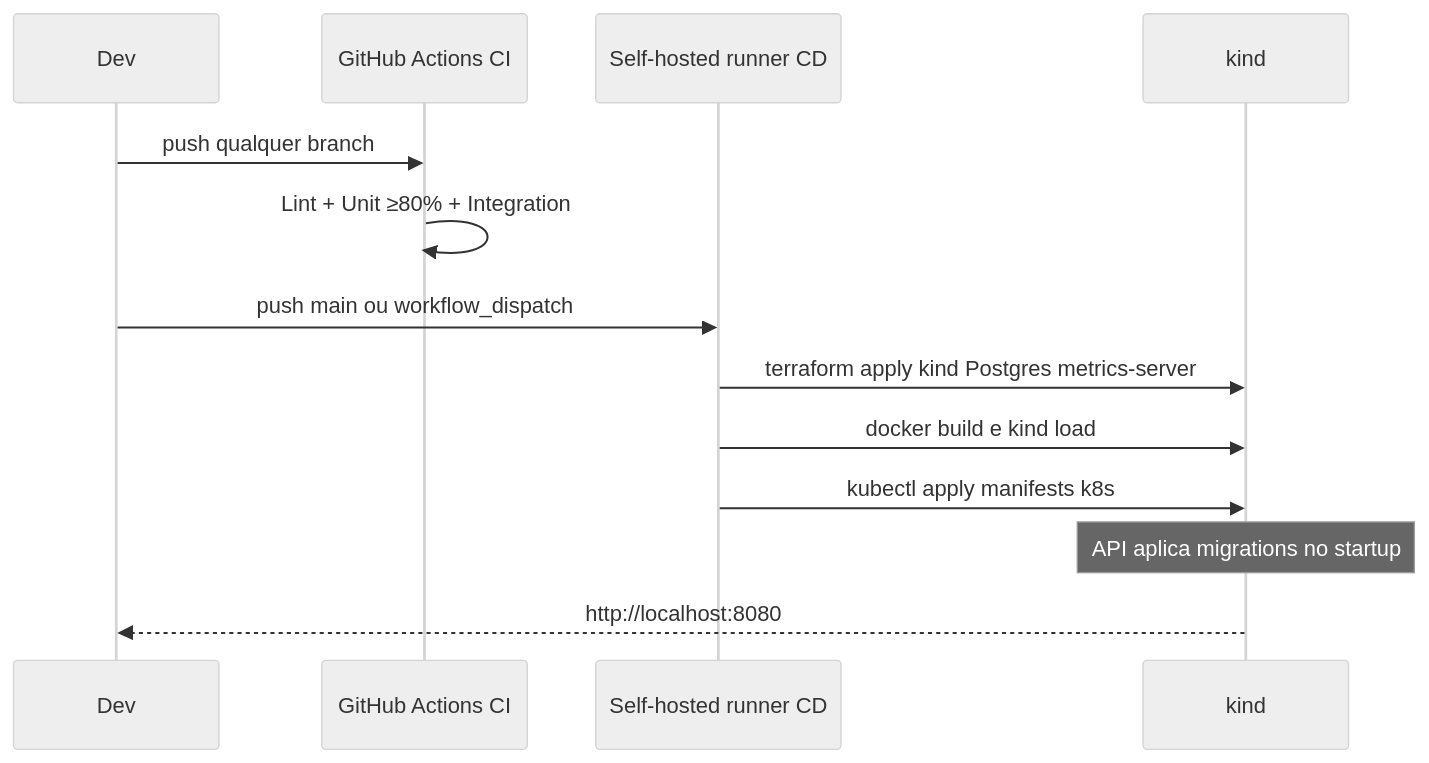
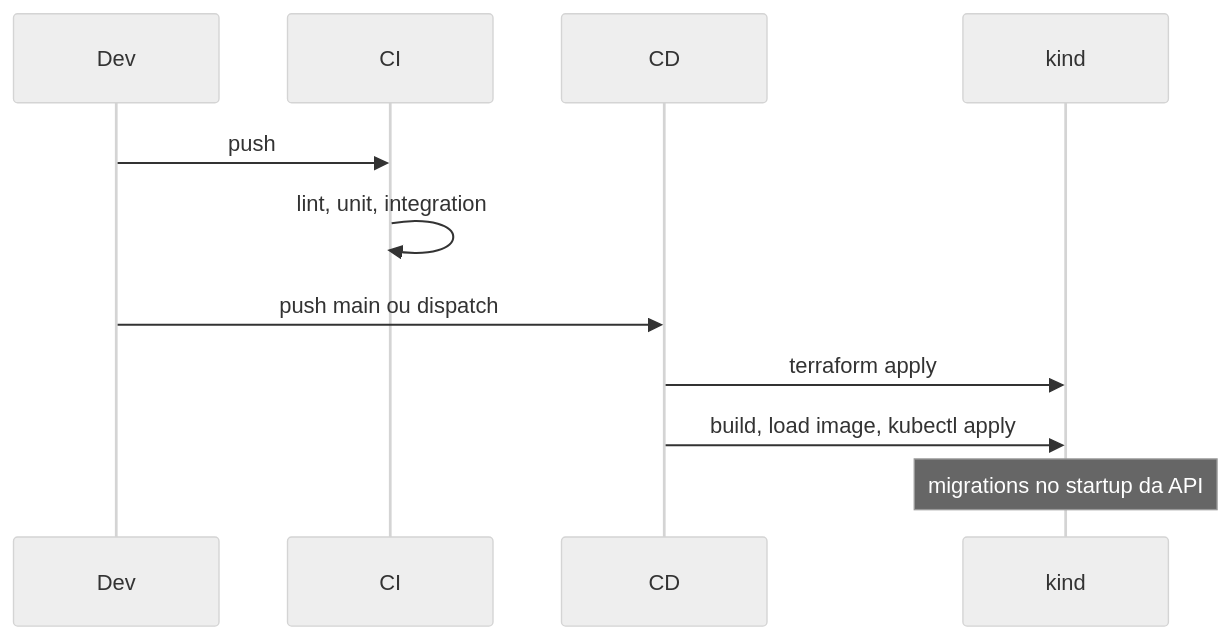
Before and after one commit to fiap-vcosta/api: the fourth of 4 diagrams in README.md, drawn with Mermaid (neutral theme). The commit also changed other lines of this file and 26 other files, not shown here.

````diff
--- a/README.md
+++ b/README.md
@@ -119,15 +58,13 @@
 ```mermaid
 sequenceDiagram
   participant Dev
-  participant CI as GitHub Actions CI
-  participant CD as Self-hosted runner CD
-  participant Kind as kind
-  Dev->>CI: push qualquer branch
-  CI->>CI: Lint + Unit ≥80% + Integration
-  Dev->>CD: push main ou workflow_dispatch
-  CD->>Kind: terraform apply kind Postgres metrics-server
-  CD->>Kind: docker build e kind load
-  CD->>Kind: kubectl apply manifests k8s
-  Note over Kind: API aplica migrations no startup
-  Kind-->>Dev: http://localhost:8080
+  participant CI as CI
+  participant CD as CD
+  participant Cluster as kind
+  Dev->>CI: push
+  CI->>CI: lint, unit, integration
+  Dev->>CD: push main ou dispatch
+  CD->>Cluster: terraform apply
+  CD->>Cluster: build, load image, kubectl apply
+  Note over Cluster: migrations no startup da API
 ```
````
